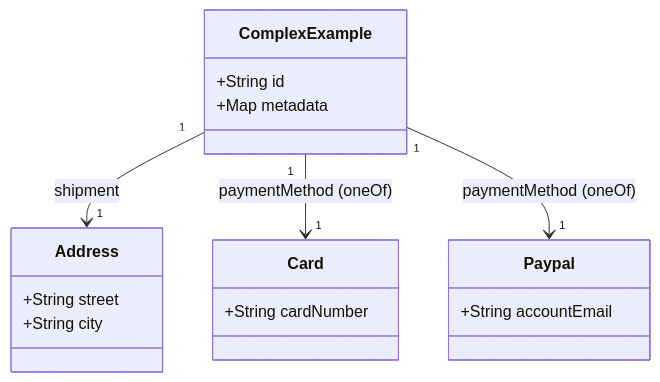
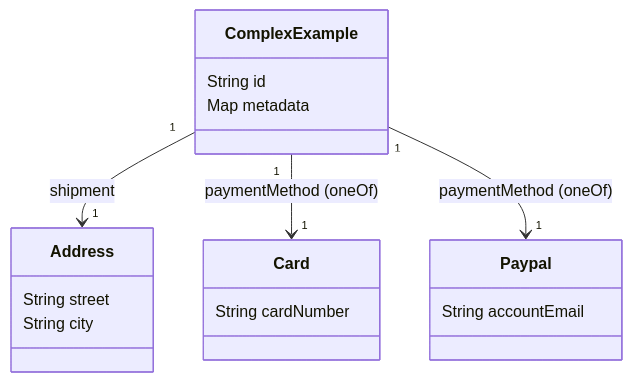
Before and after one commit to flemming-n-larsen/JSONSchema-to-Mermaid: the fifth of 6 diagrams in README.md, drawn with Mermaid. The commit also changed other lines of this file and 4 other files, not shown here.

Commit message:
Enhance MermaidGenerator to support required property markers and improve schema processing

````diff
--- a/README.md
+++ b/README.md
@@ -255,21 +238,21 @@
 ```mermaid
 classDiagram
   class ComplexExample {
-    +String id
-    +Map<String,String> metadata
+    String id
+    Map<String,String> metadata
   }
   class Address {
-    +String street
-    +String city
+    String street
+    String city
   }
   class Card {
-    +String cardNumber
+    String cardNumber
   }
   class Paypal {
-    +String accountEmail
+    String accountEmail
   }
 
   ComplexExample "1" --> "1" Address : shipment
   ComplexExample "1" --> "1" Card : paymentMethod (oneOf)
   ComplexExample "1" --> "1" Paypal : paymentMethod (oneOf)
 ```
````
